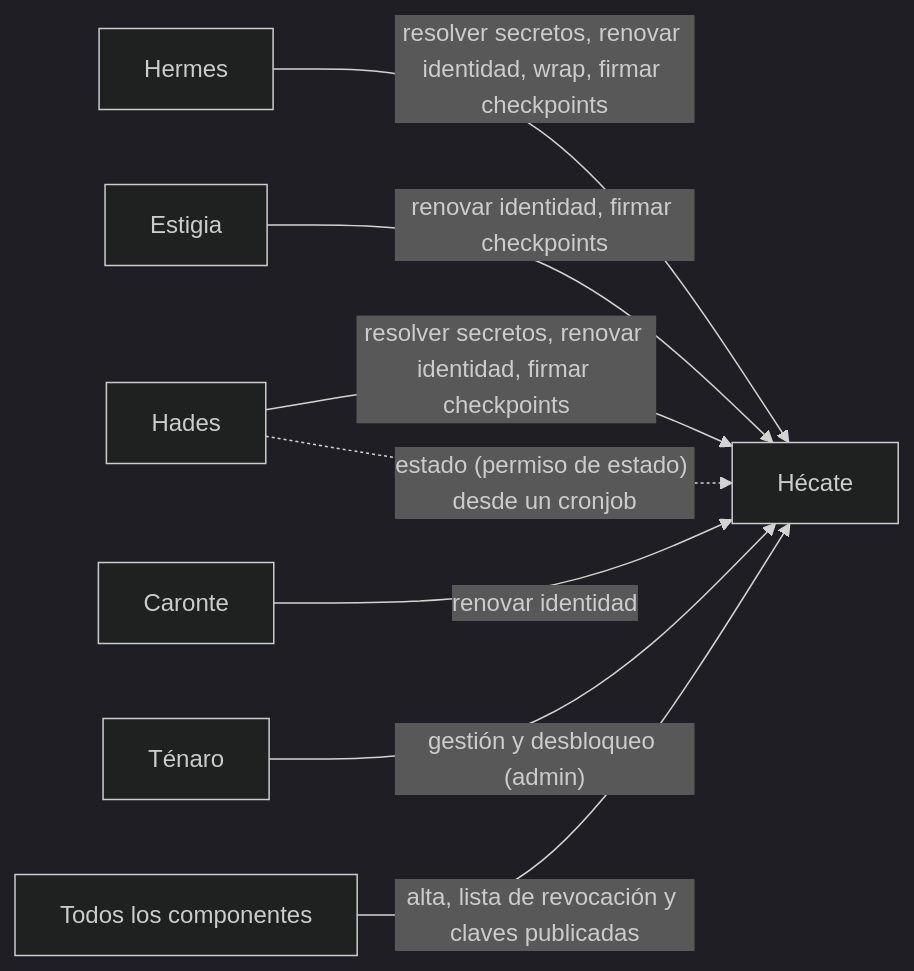
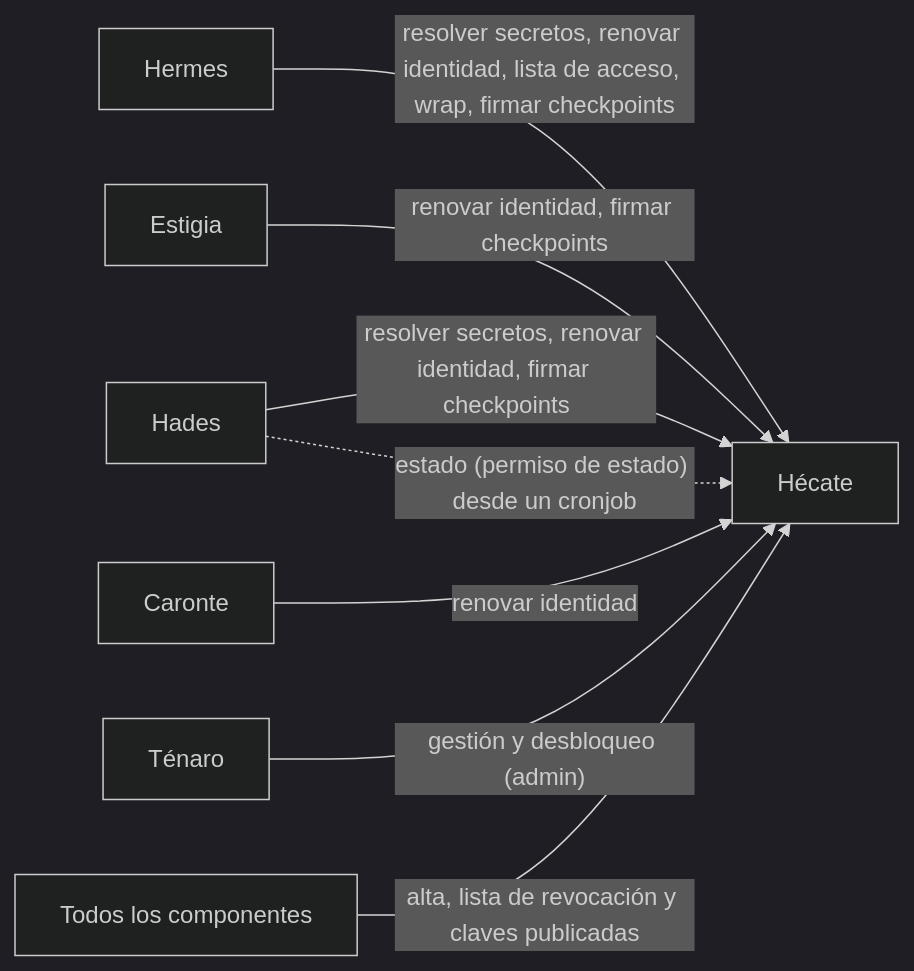
One commit to xandro30/Cerbero changed the first of 2 diagrams in docs/hecate.md. Above: the diagram before and after it, drawn with Mermaid (dark theme). The commit also changed other lines of this file and 72 other files, not shown here.

````diff
--- a/docs/hecate.md
+++ b/docs/hecate.md
@@ -38,10 +38,10 @@
 ```mermaid
 flowchart LR
     Hades -- "resolver secretos, renovar identidad, firmar checkpoints" --> Hecate[Hécate]
-    Hermes -- "resolver secretos, renovar identidad, wrap, firmar checkpoints" --> Hecate
+    Hermes -- "resolver secretos, renovar identidad, lista de acceso, wrap, firmar checkpoints" --> Hecate
     Estigia -- "renovar identidad, firmar checkpoints" --> Hecate
     Caronte -- "renovar identidad" --> Hecate
     Tenaro[Ténaro] -- "gestión y desbloqueo (admin)" --> Hecate
     Hades -. "estado (permiso de estado) desde un cronjob" .-> Hecate
     Todos[Todos los componentes] -- "alta, lista de revocación y claves publicadas" --> Hecate
 ```
````
